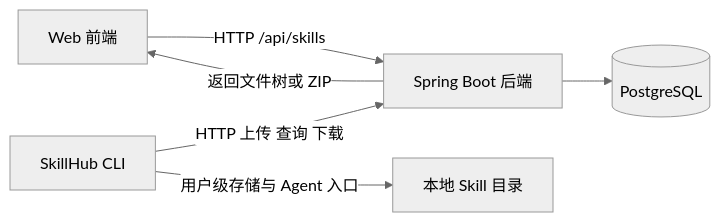
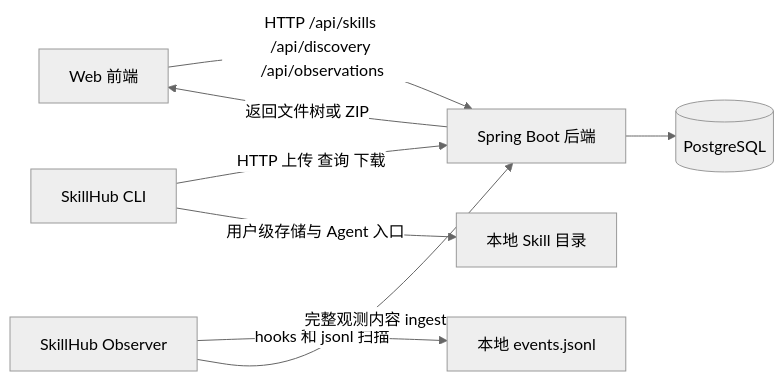
Before and after one commit to second196/skill-hub-simple: the diagram in README.md, drawn with Mermaid (neutral theme). The commit also changed other lines of this file and 29 other files, not shown here.

````diff
--- a/README.md
+++ b/README.md
@@ -344,8 +398,10 @@
 ```mermaid
 flowchart LR
-  A[Web 前端] -->|HTTP /api/skills| B[Spring Boot 后端]
+  A[Web 前端] -->|HTTP /api/skills /api/discovery /api/observations| B[Spring Boot 后端]
   C[SkillHub CLI] -->|HTTP 上传 查询 下载| B
+  F[SkillHub Observer] -->|hooks 和 jsonl 扫描| G[本地 events.jsonl]
+  F -->|完整观测内容 ingest| B
   B --> D[(PostgreSQL)]
   C -->|用户级存储与 Agent 入口| E[本地 Skill 目录]
   B -->|返回文件树或 ZIP| A
 ```
````
